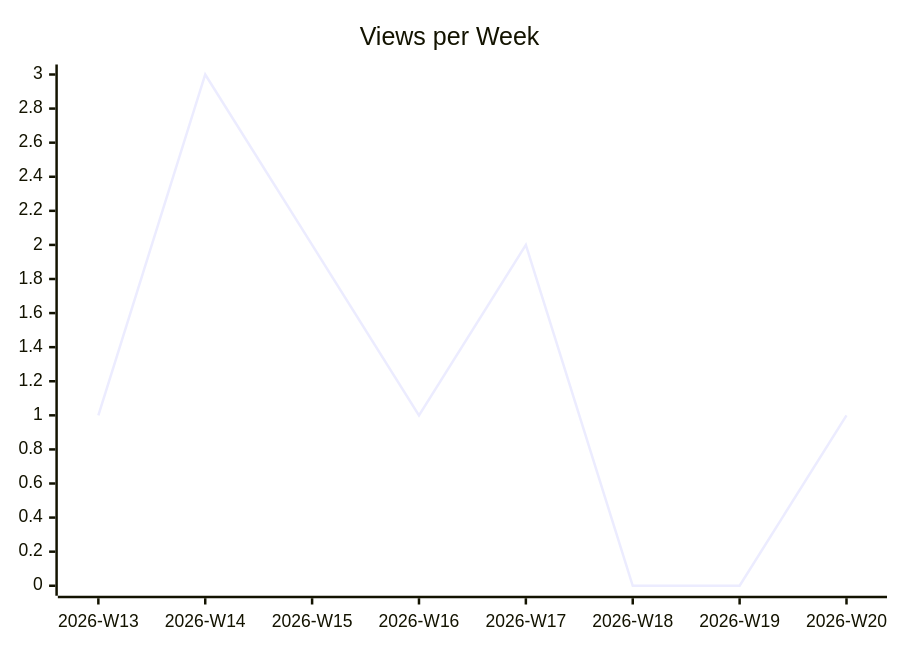
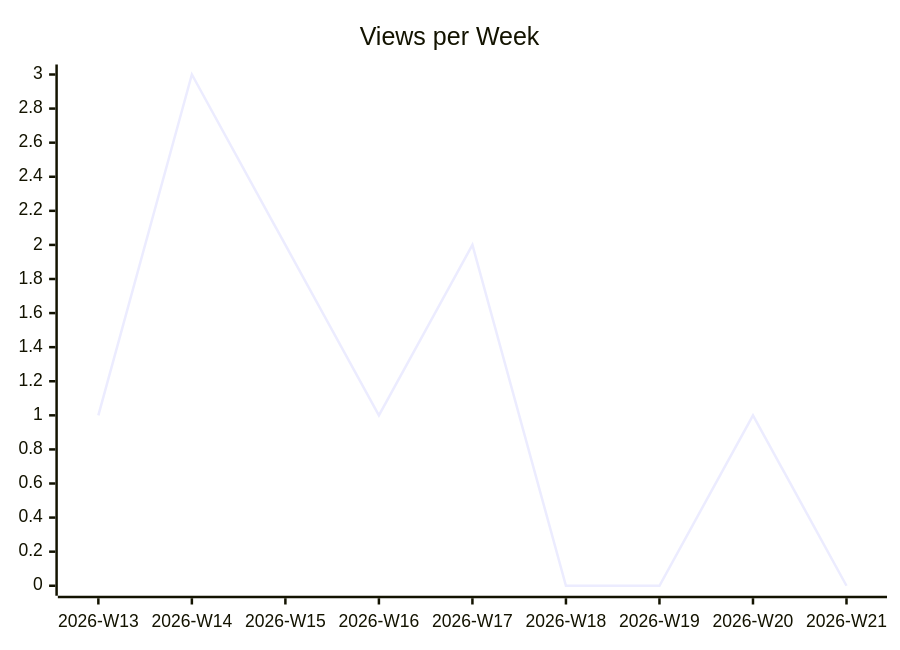
One commit to justdavis-family/github-analytics-data changed the second of 3 diagrams in karlmdavis/fhir-benchmarks/README.md. Above: the diagram before and after it, drawn with Mermaid. The commit also changed other lines of this file and 189 other files, not shown here.

````diff
--- a/karlmdavis/fhir-benchmarks/README.md
+++ b/karlmdavis/fhir-benchmarks/README.md
@@ -12,6 +12,6 @@
 ```mermaid
 xychart-beta
   title "Views per Week"
-  x-axis ["2026-W13", "2026-W14", "2026-W15", "2026-W16", "2026-W17", "2026-W18", "2026-W19", "2026-W20"]
-  line [1, 3, 2, 1, 2, 0, 0, 1]
+  x-axis ["2026-W13", "2026-W14", "2026-W15", "2026-W16", "2026-W17", "2026-W18", "2026-W19", "2026-W20", "2026-W21"]
+  line [1, 3, 2, 1, 2, 0, 0, 1, 0]
 ```
````
